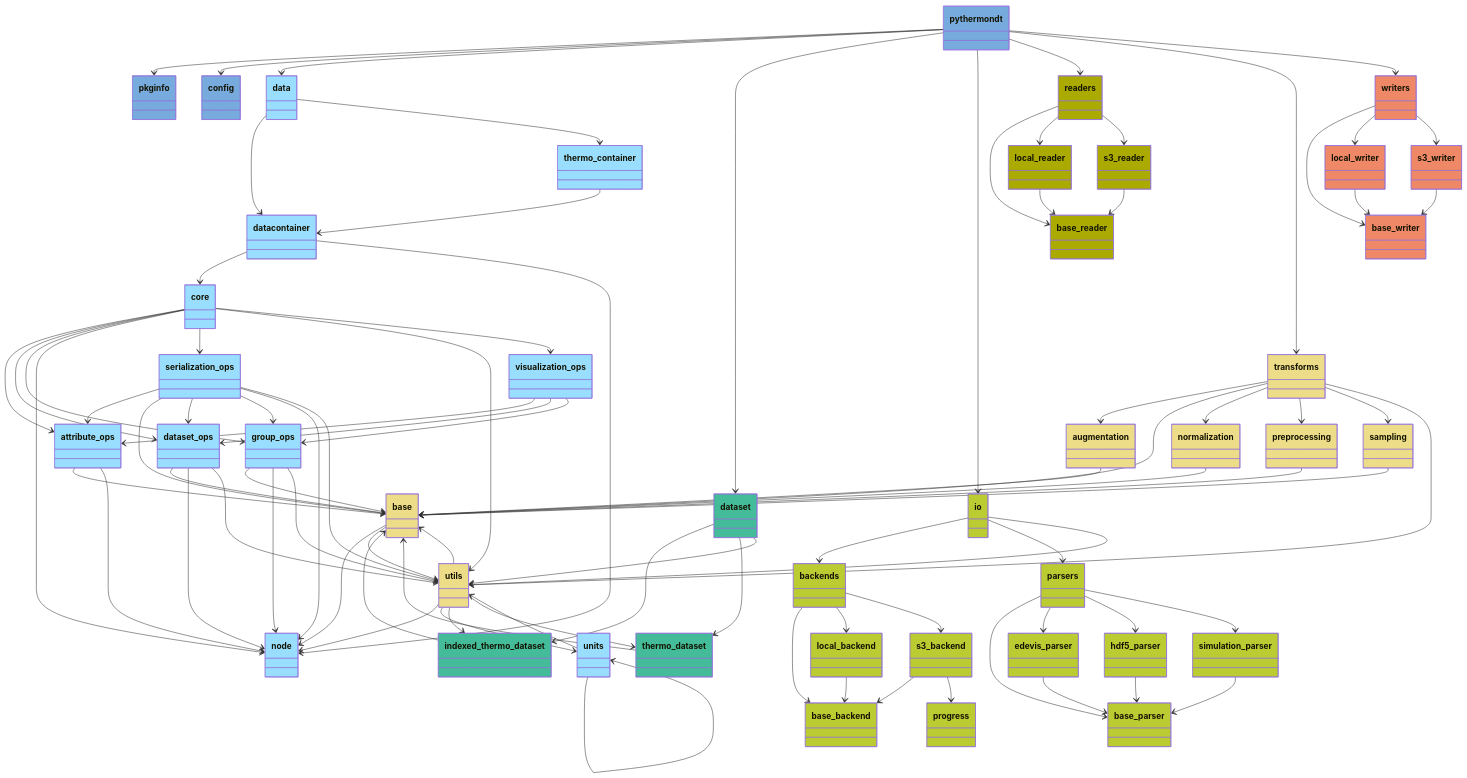
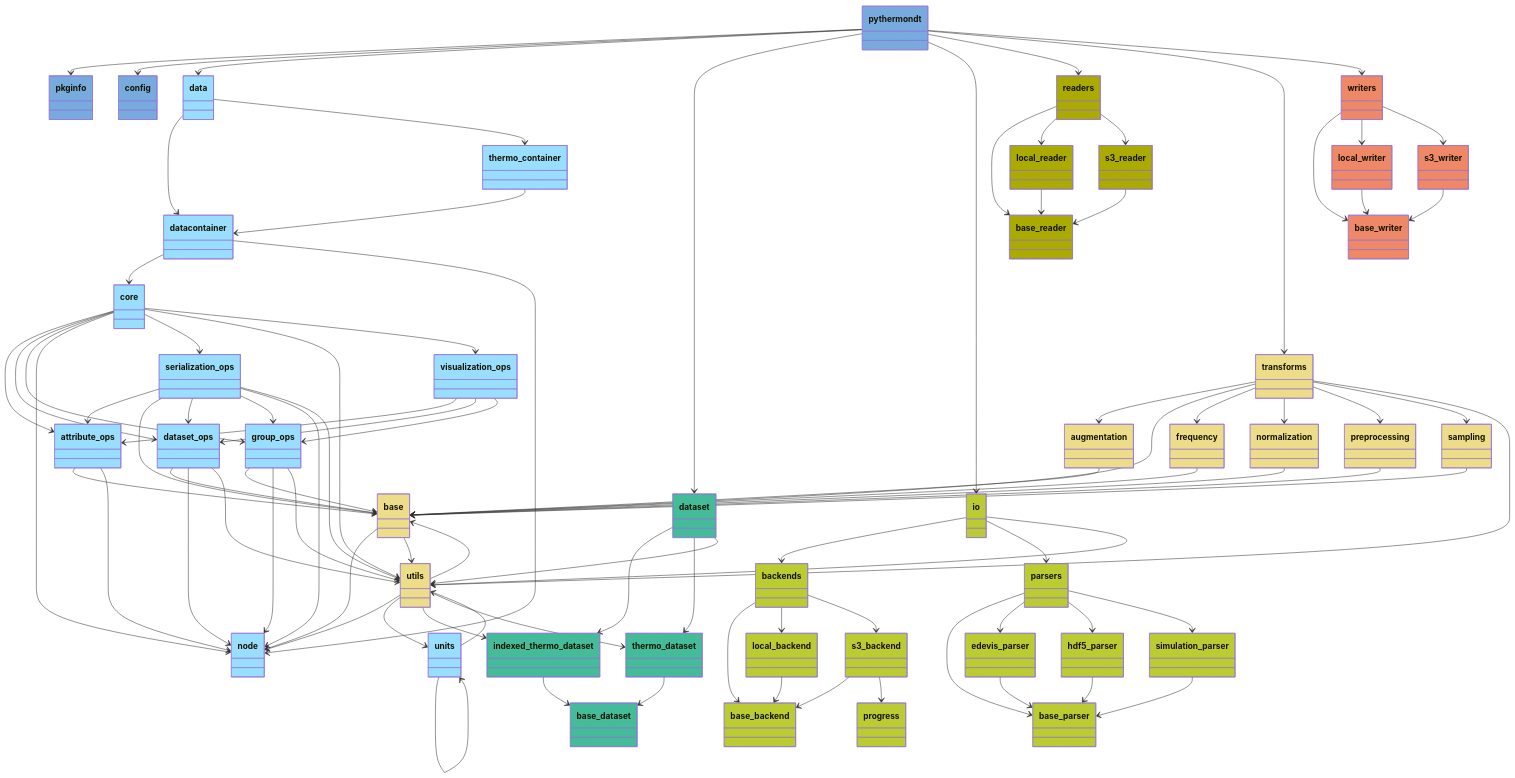
One commit to voidsy-gmbh/pyThermoNDT changed the diagram in docs/pyreverse/mermaid/packages_pythermondt.mmd. Above: the diagram before and after it, drawn with Mermaid. The commit also changed 13 other files, not shown here.

```diff
--- a/docs/pyreverse/mermaid/packages_pythermondt.mmd
+++ b/docs/pyreverse/mermaid/packages_pythermondt.mmd
@@ -56,9 +56,9 @@
   class dataset {
   }
   style dataset fill:#44BB99
-  class base {
+  class base_dataset {
   }
-  style base fill:#44BB99
+  style base_dataset fill:#44BB99
   class indexed_thermo_dataset {
   }
   style indexed_thermo_dataset fill:#44BB99
@@ -125,6 +125,9 @@
   class base {
   }
   style base fill:#EEDD88
+  class frequency {
+  }
+  style frequency fill:#EEDD88
   class normalization {
   }
   style normalization fill:#EEDD88
@@ -195,8 +198,8 @@
   dataset --> indexed_thermo_dataset
   dataset --> thermo_dataset
   dataset --> utils
-  indexed_thermo_dataset --> base
-  thermo_dataset --> base
+  indexed_thermo_dataset --> base_dataset
+  thermo_dataset --> base_dataset
   utils --> indexed_thermo_dataset
   utils --> thermo_dataset
   io --> backends
@@ -222,11 +225,13 @@
   s3_reader --> base_reader
   transforms --> augmentation
   transforms --> base
+  transforms --> frequency
   transforms --> normalization
   transforms --> preprocessing
   transforms --> sampling
   transforms --> utils
   augmentation --> base
+  frequency --> base
   normalization --> base
   preprocessing --> base
   sampling --> base
```
